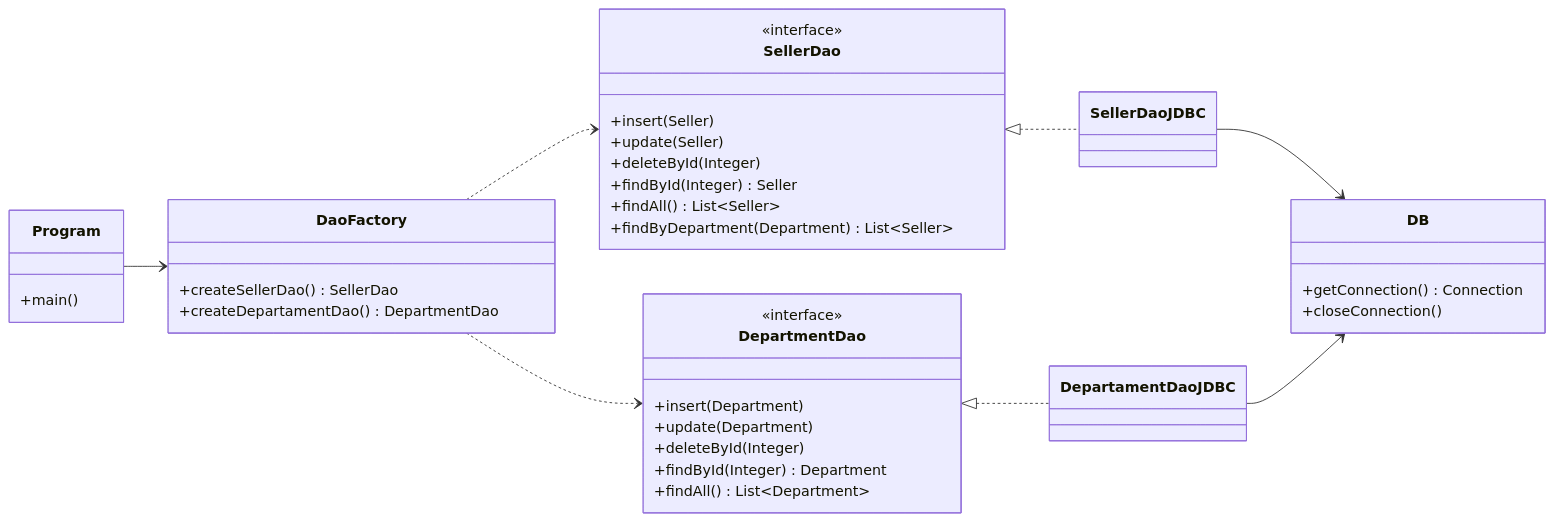
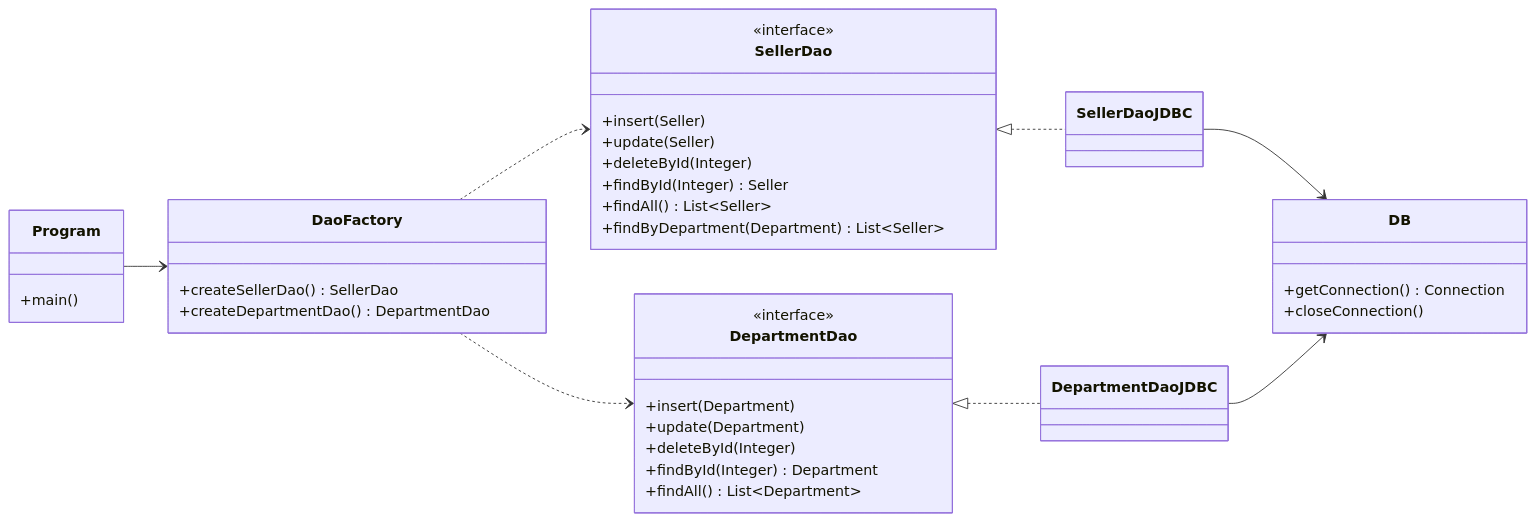
Before and after one commit to phietrogerbiel-hue/demoDaoJDBC: the diagram in README.md, drawn with Mermaid. The commit also changed other lines of this file and 1 other file, not shown here.

Commit message:
department nomenclature

````diff
--- a/README.md
+++ b/README.md
@@ -37,43 +37,43 @@
 ```mermaid
 classDiagram
     direction LR
 
     class Program { +main() }
     class DaoFactory {
         +createSellerDao() SellerDao
-        +createDepartamentDao() DepartmentDao
+        +createDepartmentDao() DepartmentDao
     }
 
     class SellerDao {
         <<interface>>
         +insert(Seller)
         +update(Seller)
         +deleteById(Integer)
         +findById(Integer) Seller
         +findAll() List~Seller~
         +findByDepartment(Department) List~Seller~
     }
     class DepartmentDao {
         <<interface>>
         +insert(Department)
         +update(Department)
         +deleteById(Integer)
         +findById(Integer) Department
         +findAll() List~Department~
     }
 
     class SellerDaoJDBC
-    class DepartamentDaoJDBC
+    class DepartmentDaoJDBC
     class DB {
         +getConnection() Connection
         +closeConnection()
     }
 
     Program --> DaoFactory
     DaoFactory ..> SellerDao
     DaoFactory ..> DepartmentDao
     SellerDao <|.. SellerDaoJDBC
-    DepartmentDao <|.. DepartamentDaoJDBC
+    DepartmentDao <|.. DepartmentDaoJDBC
     SellerDaoJDBC --> DB
-    DepartamentDaoJDBC --> DB
+    DepartmentDaoJDBC --> DB
 ```
````
